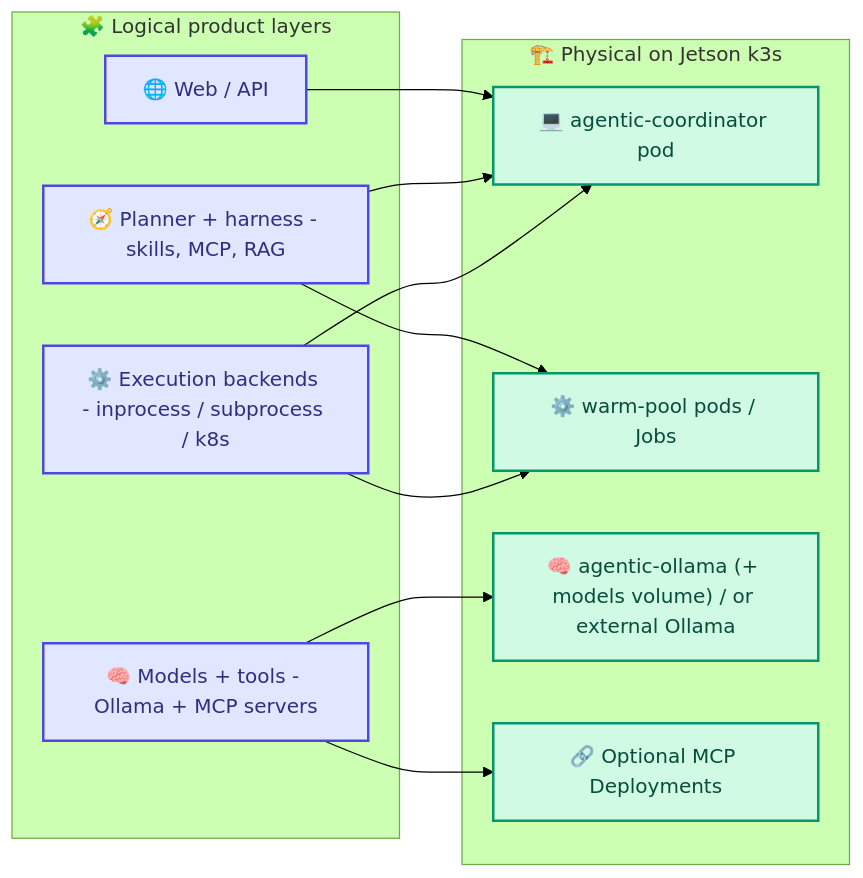
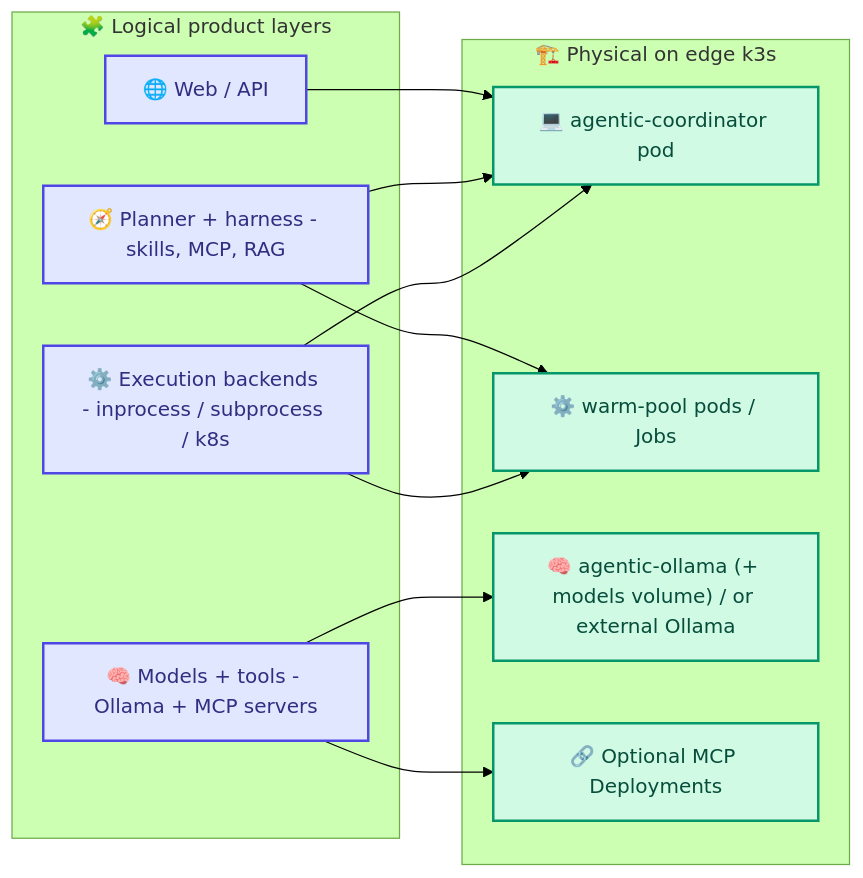
The third of 3 diagrams in docs/system-architecture/index.md (zlatko-lakisic/agentic-orchestration), drawn with Mermaid (forest theme) before and after one commit. The commit also changed other lines of this file and 29 other files, not shown here.

````diff
--- a/docs/system-architecture/index.md
+++ b/docs/system-architecture/index.md
@@ -144,27 +144,27 @@
 ```mermaid
 flowchart LR
   classDef logical fill:#E0E7FF,stroke:#4F46E5,stroke-width:2px,color:#312E81
   classDef physical fill:#D1FAE5,stroke:#059669,stroke-width:2px,color:#064E3B
 
   subgraph Logical["🧩 Logical product layers"]
     L1["🌐 Web / API"]:::logical
     L2["🧭 Planner + harness - skills, MCP, RAG"]:::logical
     L3["⚙️ Execution backends - inprocess / subprocess / k8s"]:::logical
     L4["🧠 Models + tools - Ollama + MCP servers"]:::logical
   end
 
-  subgraph Physical["🏗️ Physical on Jetson k3s"]
+  subgraph Physical["🏗️ Physical on edge k3s"]
     P1["💻 agentic-coordinator pod"]:::physical
     P2["⚙️ warm-pool pods / Jobs"]:::physical
     P3["🧠 agentic-ollama (+ models volume) / or external Ollama"]:::physical
     P4["🔗 Optional MCP Deployments"]:::physical
   end
 
   L1 --> P1
   L2 --> P1
   L2 --> P2
   L3 --> P1
   L3 --> P2
   L4 --> P3
   L4 --> P4
 ```
````
